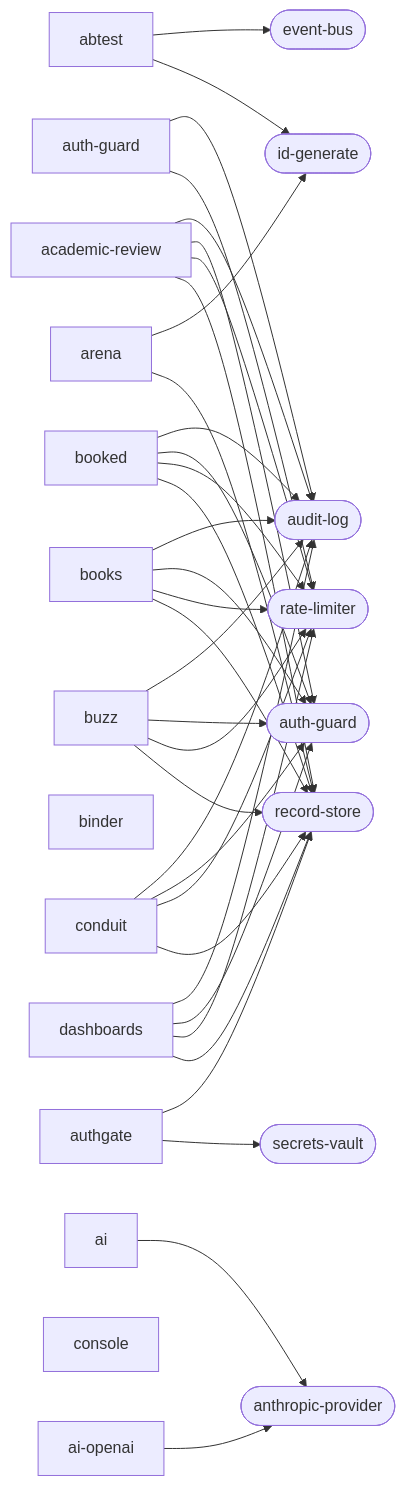
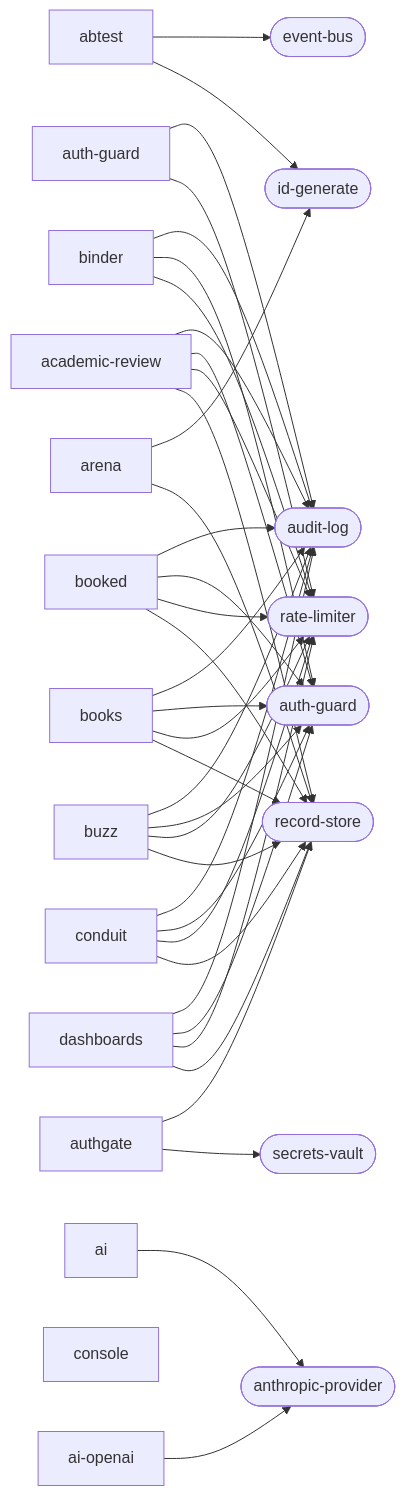
The second of 2 diagrams in docs/CAPABILITY-GRAPH.md (markkovari/holon), drawn with Mermaid before and after one commit. The commit also changed other lines of this file and 16 other files, not shown here.

````diff
--- a/docs/CAPABILITY-GRAPH.md
+++ b/docs/CAPABILITY-GRAPH.md
@@ -310,51 +312,54 @@
 ```mermaid
 graph LR
   app_abtest["abtest"]
   app_abtest --> event_bus([event-bus])
   app_abtest --> id_generate([id-generate])
   app_academic_review["academic-review"]
   app_academic_review --> audit_log([audit-log])
   app_academic_review --> auth_guard([auth-guard])
   app_academic_review --> rate_limiter([rate-limiter])
   app_academic_review --> record_store([record-store])
   app_ai["ai"]
   app_ai --> anthropic_provider([anthropic-provider])
   app_ai_openai["ai-openai"]
   app_ai_openai --> anthropic_provider([anthropic-provider])
   app_arena["arena"]
   app_arena --> id_generate([id-generate])
   app_arena --> record_store([record-store])
   app_auth_guard["auth-guard"]
   app_auth_guard --> audit_log([audit-log])
   app_auth_guard --> rate_limiter([rate-limiter])
   app_authgate["authgate"]
   app_authgate --> record_store([record-store])
   app_authgate --> secrets_vault([secrets-vault])
   app_binder["binder"]
+  app_binder --> audit_log([audit-log])
+  app_binder --> auth_guard([auth-guard])
+  app_binder --> rate_limiter([rate-limiter])
   app_booked["booked"]
   app_booked --> audit_log([audit-log])
   app_booked --> auth_guard([auth-guard])
   app_booked --> rate_limiter([rate-limiter])
   app_booked --> record_store([record-store])
   app_books["books"]
   app_books --> audit_log([audit-log])
   app_books --> auth_guard([auth-guard])
   app_books --> rate_limiter([rate-limiter])
   app_books --> record_store([record-store])
   app_buzz["buzz"]
   app_buzz --> audit_log([audit-log])
   app_buzz --> auth_guard([auth-guard])
   app_buzz --> rate_limiter([rate-limiter])
   app_buzz --> record_store([record-store])
   app_conduit["conduit"]
   app_conduit --> audit_log([audit-log])
   app_conduit --> auth_guard([auth-guard])
   app_conduit --> rate_limiter([rate-limiter])
   app_conduit --> record_store([record-store])
   app_console["console"]
   app_dashboards["dashboards"]
   app_dashboards --> audit_log([audit-log])
   app_dashboards --> auth_guard([auth-guard])
   app_dashboards --> rate_limiter([rate-limiter])
   app_dashboards --> record_store([record-store])
 ```
````
